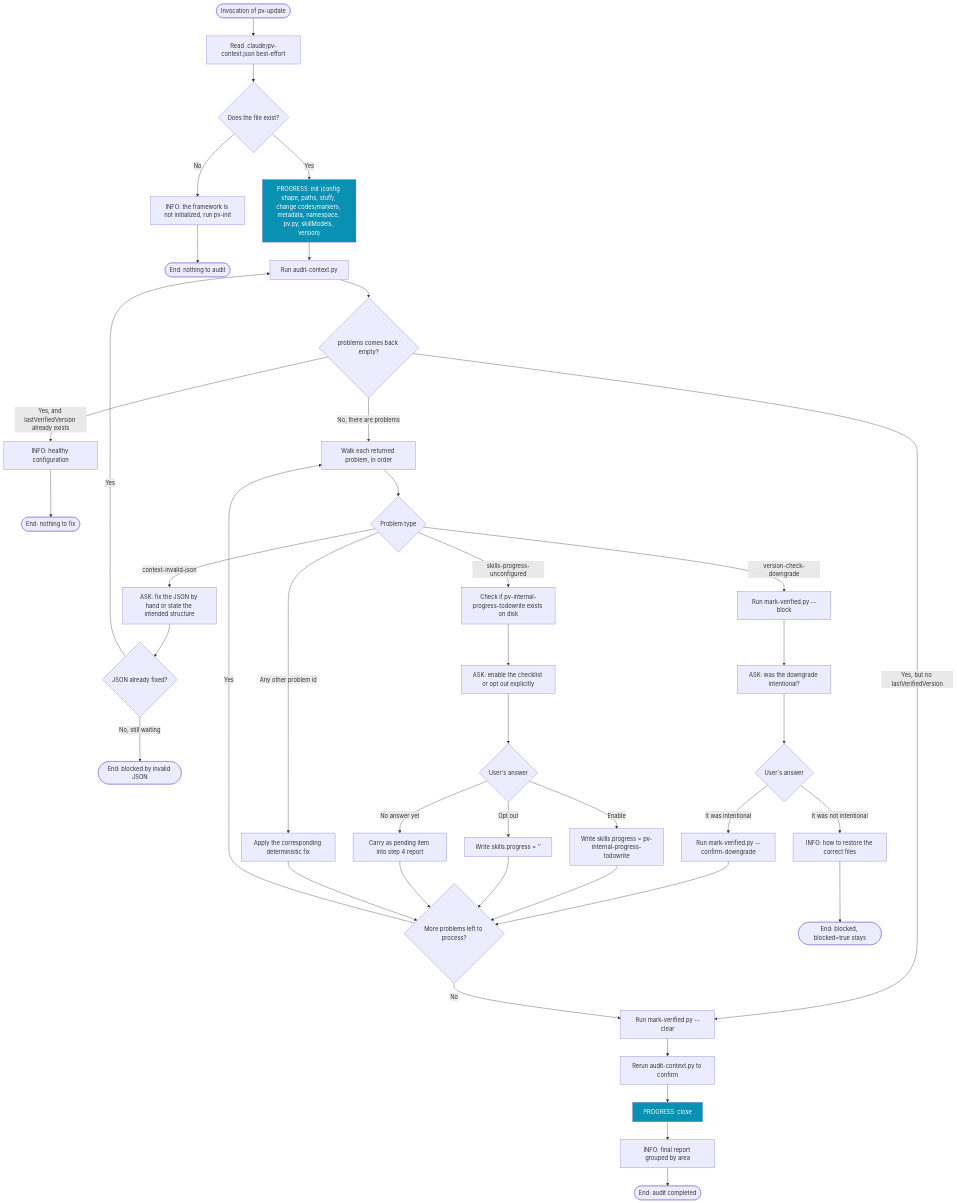
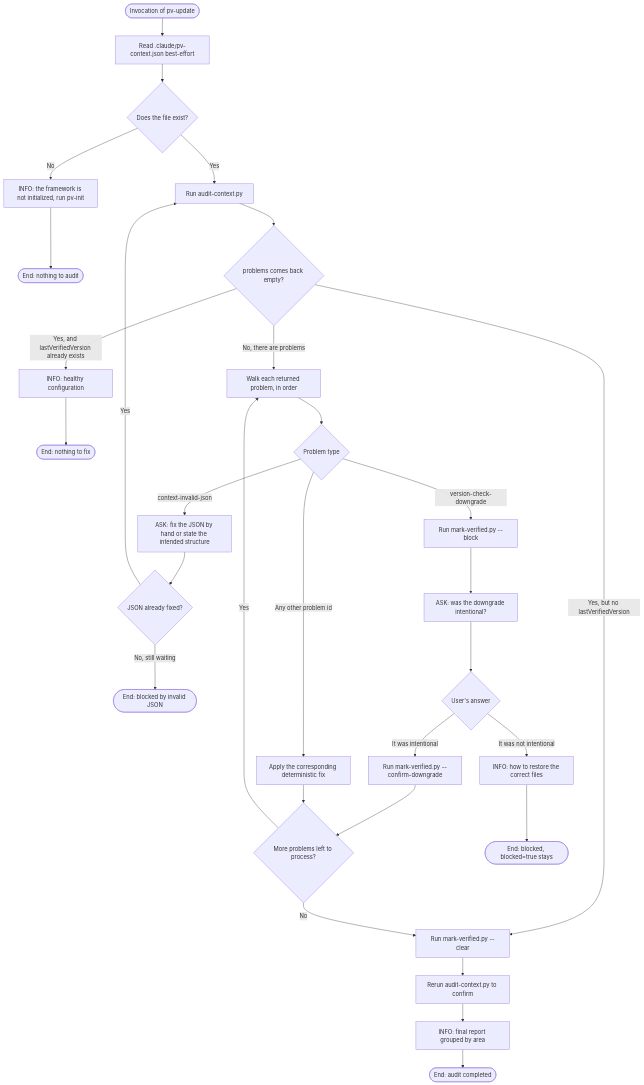
One commit to yeyopepe/previo-sdd changed the diagram in .claude/skills/pv-update/workflow.audit.md. Above: the diagram before and after it, drawn with Mermaid. The commit also changed other lines of this file and 20 other files, not shown here.

````diff
--- a/.claude/skills/pv-update/workflow.audit.md
+++ b/.claude/skills/pv-update/workflow.audit.md
@@ -1,55 +1,39 @@
 ```mermaid
 flowchart TD
     Start([Invocation of pv-update])
 
     Start --> S1Read[Read .claude/pv-context.json best-effort]
     S1Read --> S1Exists{Does the file exist?}
     S1Exists -->|No| S1Info[INFO: the framework is not initialized, run pv-init]
     S1Info --> End1([End: nothing to audit])
-    S1Exists -->|Yes| S15Init
-
-    S15Init["PROGRESS: init (config shape, paths, stuff/, change codes/markers, metadata, namespace, pv.py, skillModels, version)"] --> S2Run
+    S1Exists -->|Yes| S2Run
 
     S2Run[Run audit-context.py] --> S2Empty{problems comes back empty?}
     S2Empty -->|Yes, and lastVerifiedVersion already exists| S2Healthy[INFO: healthy configuration]
     S2Healthy --> End2([End: nothing to fix])
     S2Empty -->|Yes, but no lastVerifiedVersion| S35Run
     S2Empty -->|No, there are problems| S3Loop
 
     S3Loop[Walk each returned problem, in order] --> S3Kind{Problem type}
     S3Kind -->|context-invalid-json| S3Invalid[ASK: fix the JSON by hand or state the intended structure]
     S3Invalid --> S3InvalidDec{JSON already fixed?}
     S3InvalidDec -->|Yes| S2Run
     S3InvalidDec -->|No, still waiting| End3Blocked([End: blocked by invalid JSON])
 
     S3Kind -->|version-check-downgrade| S3Downgrade[Run mark-verified.py --block]
     S3Downgrade --> S3DowngradeAsk[ASK: was the downgrade intentional?]
     S3DowngradeAsk --> S3DowngradeDec{User's answer}
     S3DowngradeDec -->|It was intentional| S3DowngradeConfirm[Run mark-verified.py --confirm-downgrade]
     S3DowngradeConfirm --> S3Next
     S3DowngradeDec -->|It was not intentional| S3DowngradeGuide[INFO: how to restore the correct files]
     S3DowngradeGuide --> End3Blocked2([End: blocked, blocked=true stays])
 
-    S3Kind -->|skills-progress-unconfigured| S3Progress[Check if pv-internal-progress-todowrite exists on disk]
-    S3Progress --> S3ProgressAsk[ASK: enable the checklist or opt out explicitly]
-    S3ProgressAsk --> S3ProgressDec{User's answer}
-    S3ProgressDec -->|Enable| S3ProgressEnable[Write skills.progress = pv-internal-progress-todowrite]
-    S3ProgressEnable --> S3Next
-    S3ProgressDec -->|Opt out| S3ProgressOptOut[Write skills.progress = '']
-    S3ProgressOptOut --> S3Next
-    S3ProgressDec -->|No answer yet| S3ProgressPending[Carry as pending item into step 4 report]
-    S3ProgressPending --> S3Next
-
     S3Kind -->|Any other problem id| S3Fix[Apply the corresponding deterministic fix]
     S3Fix --> S3Next{More problems left to process?}
     S3Next -->|Yes| S3Loop
     S3Next -->|No| S35Run
 
     S35Run[Run mark-verified.py --clear] --> S4Rerun[Rerun audit-context.py to confirm]
-    S4Rerun --> S4Close[PROGRESS: close]
-    S4Close --> S4Report[INFO: final report grouped by area]
+    S4Rerun --> S4Report[INFO: final report grouped by area]
     S4Report --> EndOK([End: audit completed])
-
-    classDef progress fill:#0891b2,color:#fff
-    class S15Init,S4Close progress
 ```
````
